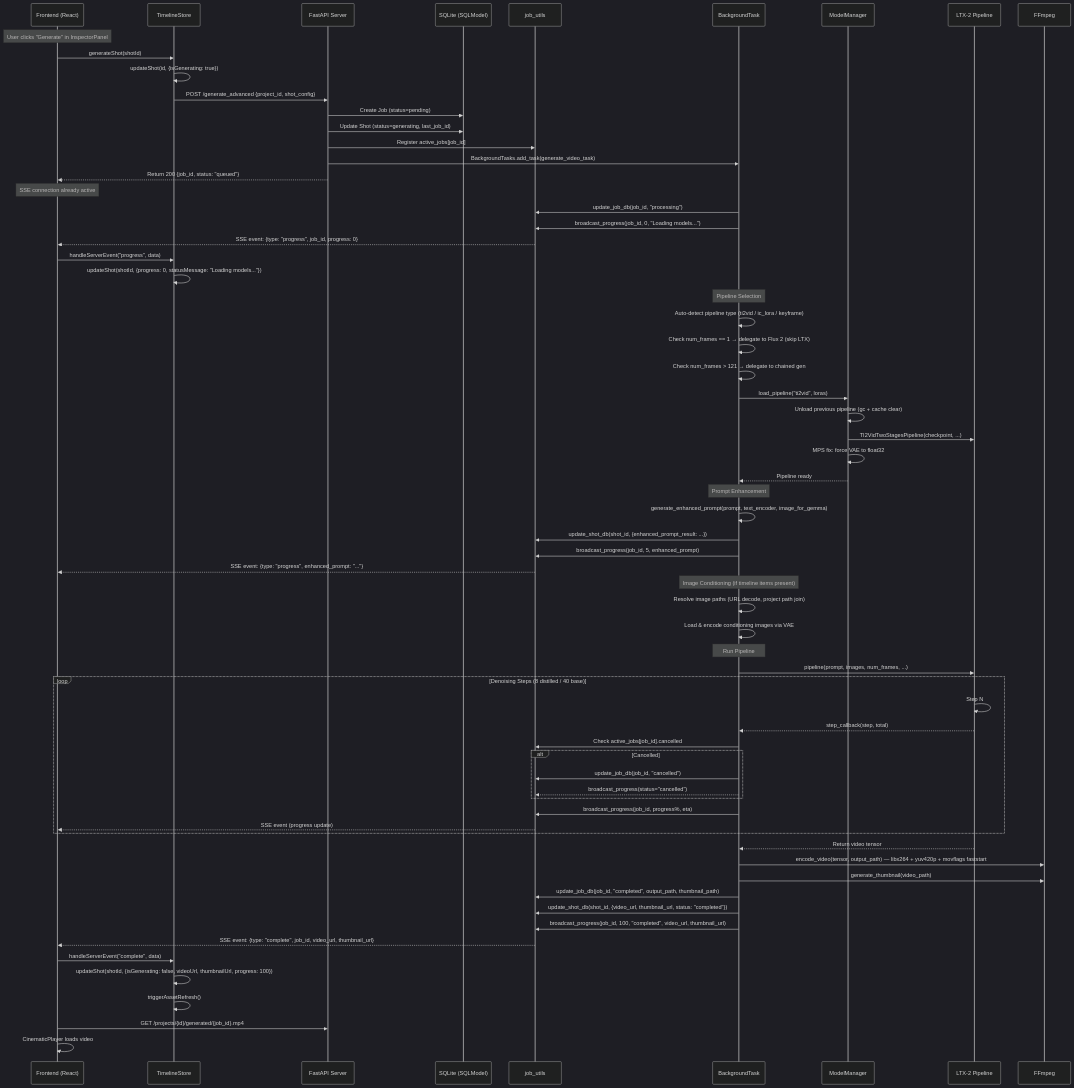
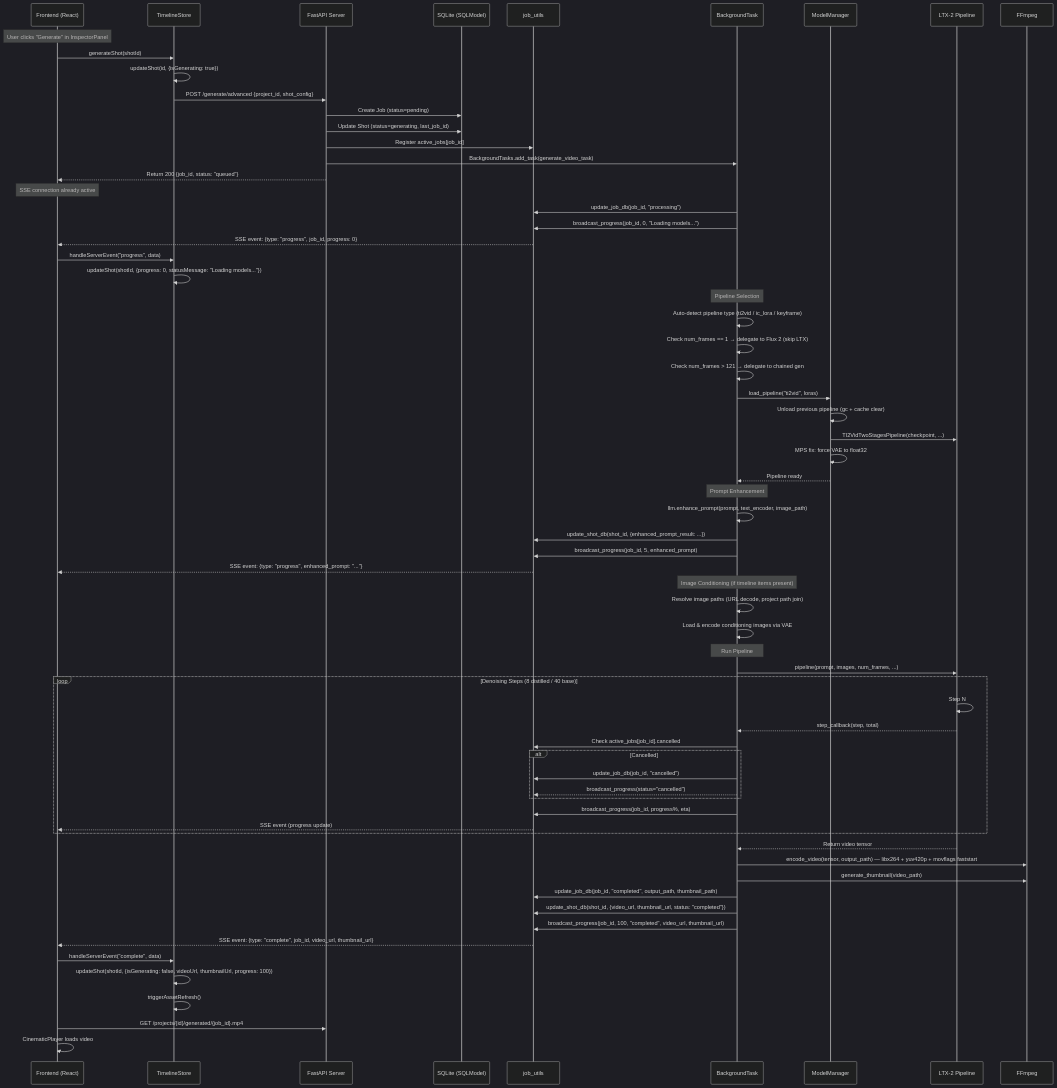
The first of 11 diagrams in docs/05_execution_flow.md (mainza-ai/milimovideo), drawn with Mermaid (dark theme) before and after one commit. The commit also changed other lines of this file and 142 other files, not shown here.

```diff
--- a/docs/05_execution_flow.md
+++ b/docs/05_execution_flow.md
@@ -18,7 +18,7 @@
     
     UI->>Store: generateShot(shotId)
     Store->>Store: updateShot(id, {isGenerating: true})
-    Store->>API: POST /generate_advanced {project_id, shot_config}
+    Store->>API: POST /generate/advanced {project_id, shot_config}
 
     API->>DB: Create Job (status=pending)
     API->>DB: Update Shot (status=generating, last_job_id)
@@ -46,7 +46,7 @@
     ME-->>Worker: Pipeline ready
 
     Note over Worker: Prompt Enhancement
-    Worker->>Worker: generate_enhanced_prompt(prompt, text_encoder, image_for_gemma)
+    Worker->>Worker: llm.enhance_prompt(prompt, text_encoder, image_path)
     Worker->>Utils: update_shot_db(shot_id, {enhanced_prompt_result: ...})
     Worker->>Utils: broadcast_progress(job_id, 5, enhanced_prompt)
     Utils-->>UI: SSE event: {type: "progress", enhanced_prompt: "..."}
```
